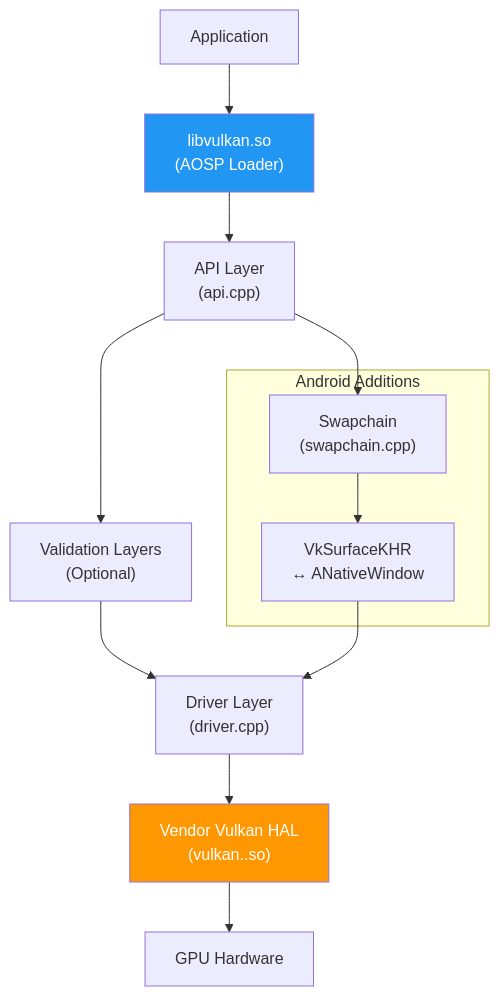
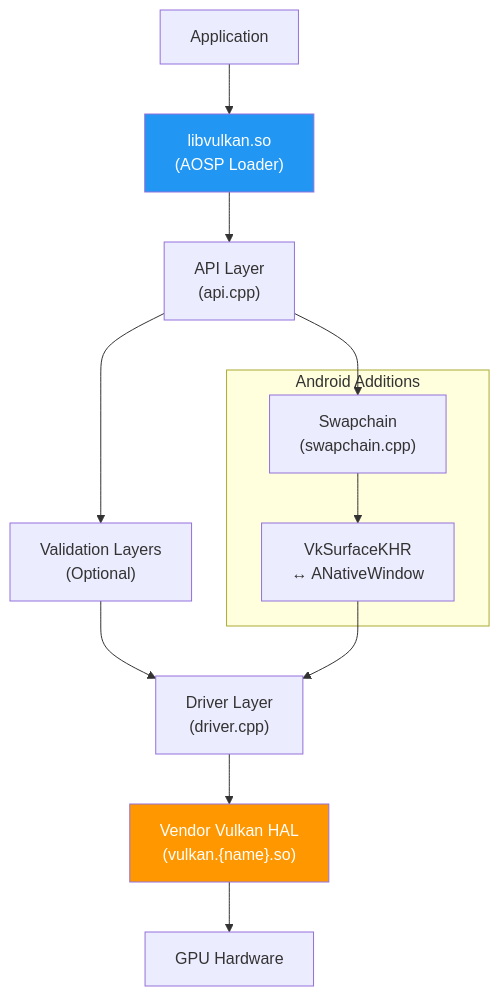
One commit to fwrite0920/aosp-internal-book changed the eighth of 51 diagrams in 13-graphics-render-pipeline.md. Above: the diagram before and after it, drawn with Mermaid. The commit also changed other lines of this file and 8 other files, not shown here.

First line of the commit message:
Fix Mermaid diagrams and formatting in Parts III-IV (chapters 8-16)

````diff
--- a/13-graphics-render-pipeline.md
+++ b/13-graphics-render-pipeline.md
@@ -523,21 +523,21 @@
 ```mermaid
 graph TD
     A["Application"] --> B["libvulkan.so<br/>(AOSP Loader)"]
     B --> C["API Layer<br/>(api.cpp)"]
     C --> D["Validation Layers<br/>(Optional)"]
     D --> E["Driver Layer<br/>(driver.cpp)"]
-    E --> F["Vendor Vulkan HAL<br/>(vulkan.<name>.so)"]
+    E --> F["Vendor Vulkan HAL<br/>(vulkan.{name}.so)"]
     F --> G["GPU Hardware"]
 
     subgraph "Android Additions"
         H["Swapchain<br/>(swapchain.cpp)"]
         I["VkSurfaceKHR<br/>↔ ANativeWindow"]
     end
 
     C --> H
     H --> I
     I --> E
 
     style B fill:#2196F3,color:#fff
     style F fill:#FF9800,color:#fff
 ```
````
